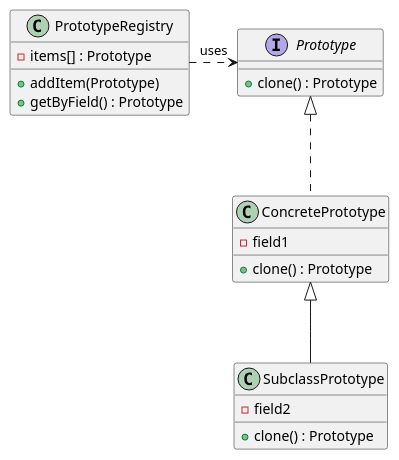
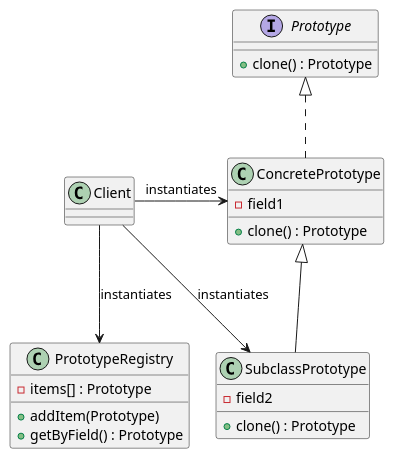
One commit to joheiss/java-patterns changed the diagram in uml/prototype.puml. Above: the diagram before and after it, drawn with PlantUML. The commit also changed 38 other files, not shown here.

```diff
--- a/uml/prototype.puml
+++ b/uml/prototype.puml
@@ -1,27 +1,28 @@
 @startuml
 skinparam nodesep 20
 skinparam ranksep 80
 skinparam class {
   BackgroundColor<<interface>> #ffccff
   BackgroundColor<<abstract>> #ccccff
 }
 
 class PrototypeRegistry {
     {field} -items[] : Prototype
     {method} +addItem(Prototype)
     {method} +getByField() : Prototype
 }
 interface Prototype {
   {method} +clone() : Prototype
 }
 class ConcretePrototype implements Prototype {
     {field} -field1
     {method} +clone() : Prototype
 }
 class SubclassPrototype extends ConcretePrototype {
     {field} -field2
        {method} +clone() : Prototype
 }
-
-PrototypeRegistry .r.> Prototype : uses
+Client -r-> ConcretePrototype : instantiates
+Client -d-> SubclassPrototype : instantiates
+Client -d-> PrototypeRegistry : instantiates
 @enduml
```
